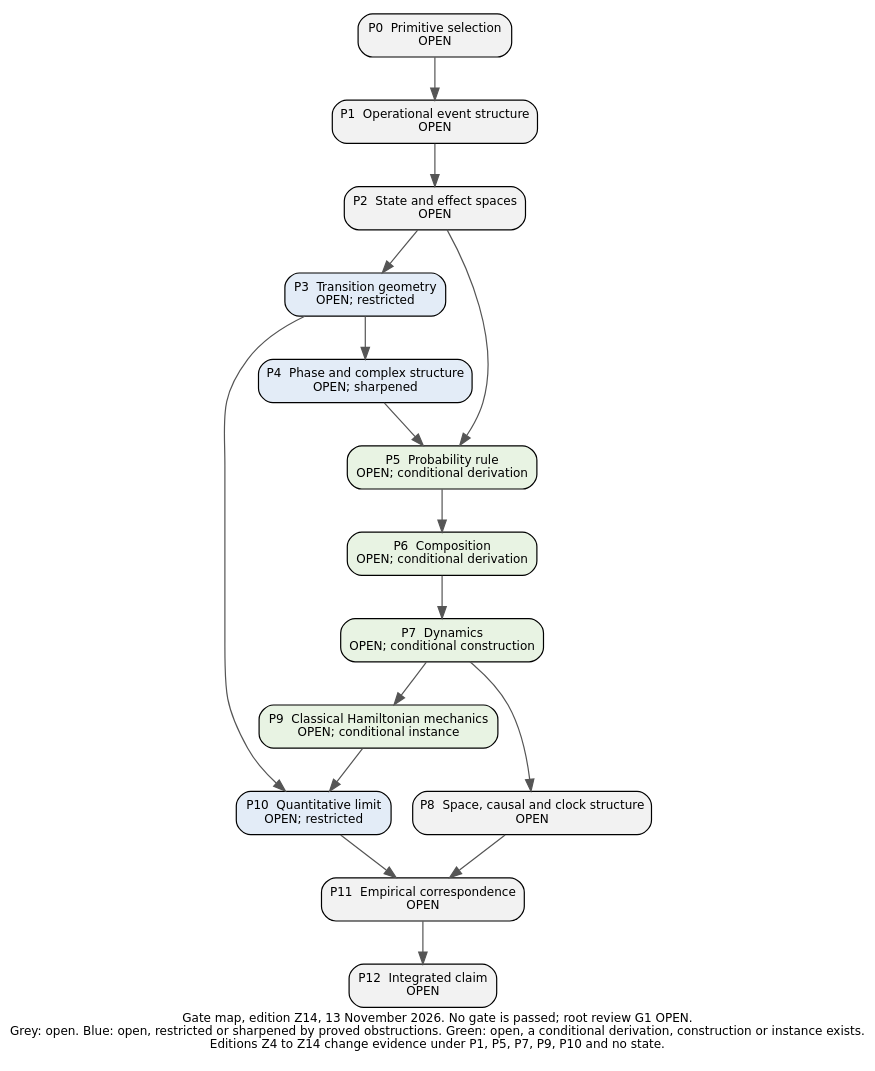
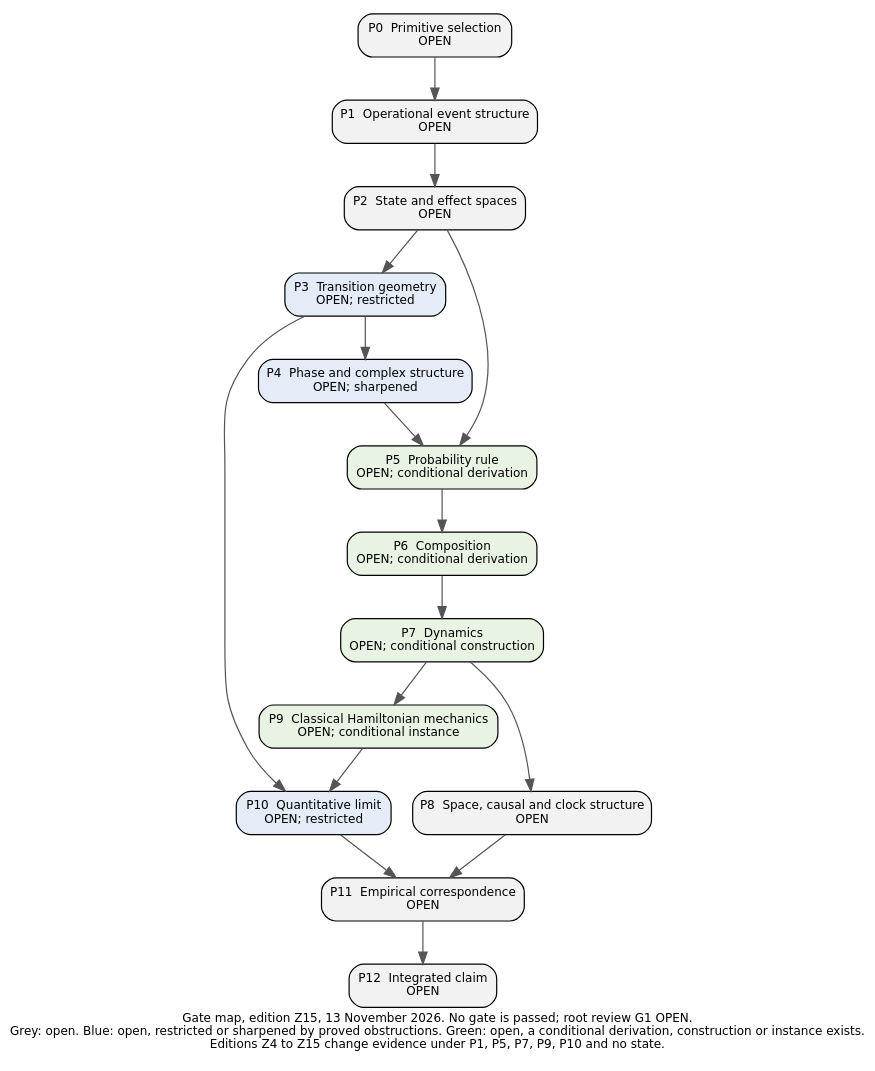
One commit to KirtusJ/From-Prephysical-Hypotheses-to-Physical-Models changed the diagram in edition/PROGRAM/figures/Gate_Map_2026-11-13.dot. Above: the diagram before and after it, drawn with Graphviz. The commit also changed 54 other files, not shown here.

```diff
--- a/edition/PROGRAM/figures/Gate_Map_2026-11-13.dot
+++ b/edition/PROGRAM/figures/Gate_Map_2026-11-13.dot
@@ -1,30 +1,30 @@
-digraph G { rankdir=TB; node [shape=box, style="filled,rounded", fontname="DejaVu Sans", fontsize=10, margin="0.12,0.07"]; edge [color="#555555"]; label="Gate map, edition Z14, 13 November 2026. No gate is passed; root review G1 OPEN.\nGrey: open. Blue: open, restricted or sharpened by proved obstructions. Green: open, a conditional derivation, construction or instance exists.\nEditions Z4 to Z14 change evidence under P1, P5, P7, P9, P10 and no state."; fontname="DejaVu Sans"; fontsize=10; labelloc=b;
+digraph G { rankdir=TB; node [shape=box, style="filled,rounded", fontname="DejaVu Sans", fontsize=10, margin="0.12,0.07"]; edge [color="#555555"]; label="Gate map, edition Z15, 13 November 2026. No gate is passed; root review G1 OPEN.\nGrey: open. Blue: open, restricted or sharpened by proved obstructions. Green: open, a conditional derivation, construction or instance exists.\nEditions Z4 to Z15 change evidence under P1, P5, P7, P9, P10 and no state."; fontname="DejaVu Sans"; fontsize=10; labelloc=b;
 P0 [label="P0  Primitive selection\nOPEN", fillcolor="#f2f2f2"];
 P1 [label="P1  Operational event structure\nOPEN", fillcolor="#f2f2f2"];
 P2 [label="P2  State and effect spaces\nOPEN", fillcolor="#f2f2f2"];
 P3 [label="P3  Transition geometry\nOPEN; restricted", fillcolor="#e3ecf7"];
 P4 [label="P4  Phase and complex structure\nOPEN; sharpened", fillcolor="#e3ecf7"];
 P5 [label="P5  Probability rule\nOPEN; conditional derivation", fillcolor="#e8f3e3"];
 P6 [label="P6  Composition\nOPEN; conditional derivation", fillcolor="#e8f3e3"];
 P7 [label="P7  Dynamics\nOPEN; conditional construction", fillcolor="#e8f3e3"];
 P8 [label="P8  Space, causal and clock structure\nOPEN", fillcolor="#f2f2f2"];
 P9 [label="P9  Classical Hamiltonian mechanics\nOPEN; conditional instance", fillcolor="#e8f3e3"];
 P10 [label="P10  Quantitative limit\nOPEN; restricted", fillcolor="#e3ecf7"];
 P11 [label="P11  Empirical correspondence\nOPEN", fillcolor="#f2f2f2"];
 P12 [label="P12  Integrated claim\nOPEN", fillcolor="#f2f2f2"];
 P0 -> P1;
 P1 -> P2;
 P2 -> P3;
 P3 -> P4;
 P2 -> P5;
 P4 -> P5;
 P5 -> P6;
 P6 -> P7;
 P7 -> P8;
 P7 -> P9;
 P3 -> P10;
 P9 -> P10;
 P8 -> P11;
 P10 -> P11;
 P11 -> P12;
 }
```
